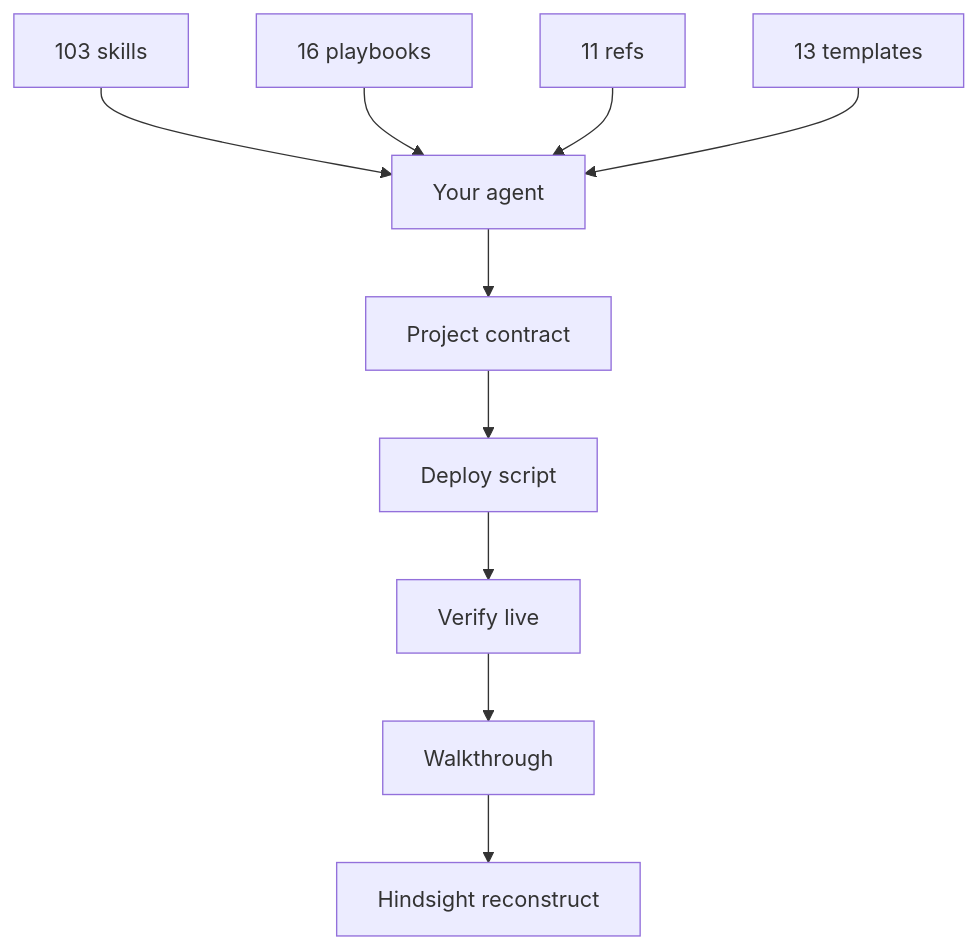
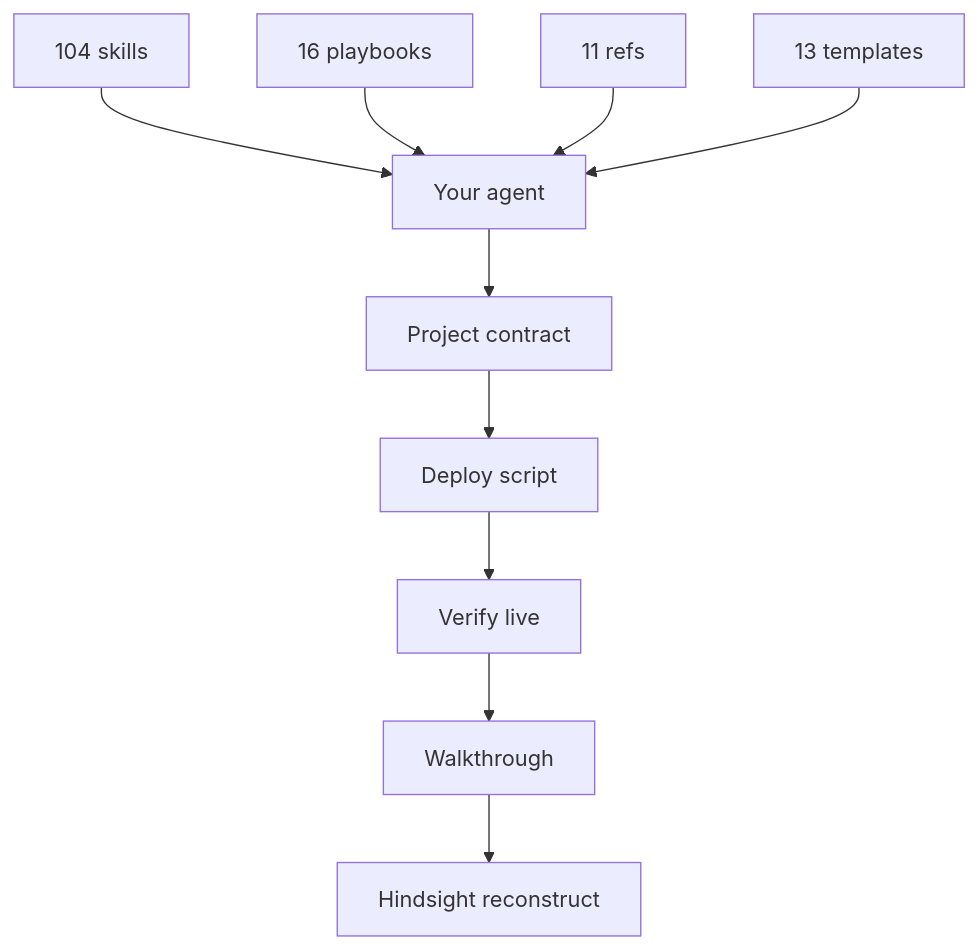
The third of 3 diagrams in README.md (Nonarkara/dr-non-vibecoding-skills), drawn with Mermaid before and after one commit. The commit also changed other lines of this file and 7 other files, not shown here.

````diff
--- a/README.md
+++ b/README.md
@@ -385,12 +391,12 @@
 ```mermaid
 flowchart TB
-  S["103 skills"] --> A["Your agent"]
+  S["104 skills"] --> A["Your agent"]
   P["16 playbooks"] --> A
   R["11 refs"] --> A
   T["13 templates"] --> A
   A --> W["Project contract"]
   W --> D["Deploy script"]
   D --> V["Verify live"]
   V --> H["Walkthrough"]
   H --> L["Hindsight reconstruct"]
 ```
````
